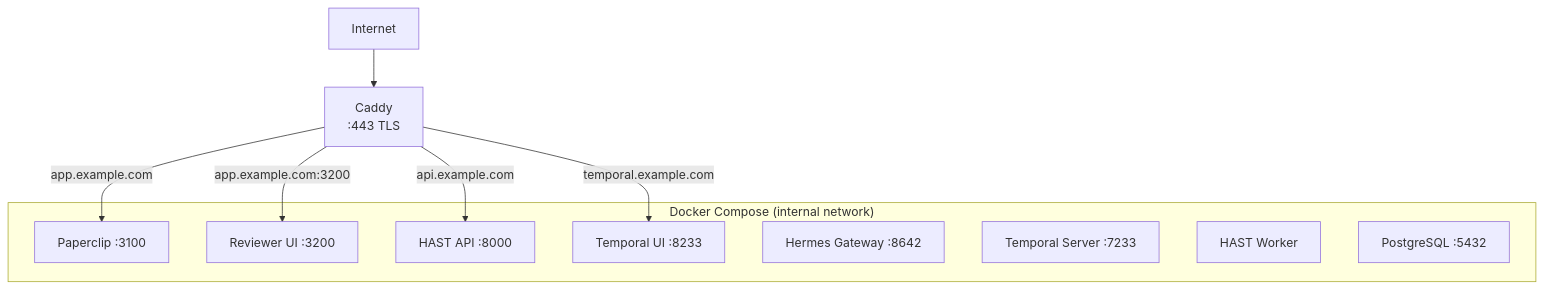
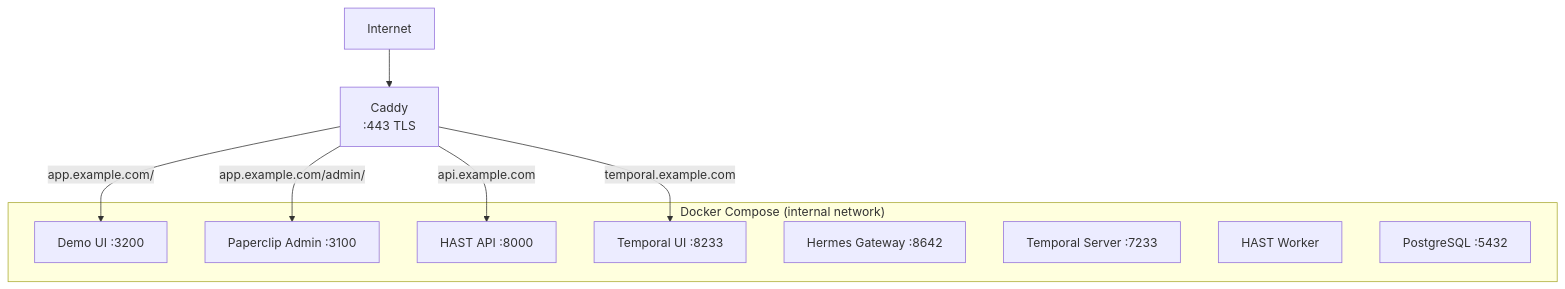
One commit to fierro-ltd/lecture-agentic-ai changed the second of 2 diagrams in docs/DEPLOYMENT.md. Above: the diagram before and after it, drawn with Mermaid. The commit also changed 2 other files, not shown here.

Commit message:
docs: update all references for new routing (demo-ui at /, Paperclip at /admin)

````diff
--- a/docs/DEPLOYMENT.md
+++ b/docs/DEPLOYMENT.md
@@ -126,19 +126,19 @@
 ```mermaid
 graph TD
     Internet["Internet"] --> Caddy["Caddy<br/>:443 TLS"]
-    Caddy -- "app.example.com" --> PAP["Paperclip :3100"]
-    Caddy -- "app.example.com:3200" --> RUI["Reviewer UI :3200"]
+    Caddy -- "app.example.com/" --> RUI["Demo UI :3200"]
+    Caddy -- "app.example.com/admin/" --> PAP["Paperclip Admin :3100"]
     Caddy -- "api.example.com" --> HAST["HAST API :8000"]
     Caddy -- "temporal.example.com" --> TUI["Temporal UI :8233"]
 
     subgraph "Docker Compose (internal network)"
         PAP
         RUI
         HAST
         TUI
         HG["Hermes Gateway :8642"]
         TMP["Temporal Server :7233"]
         WRK["HAST Worker"]
         PG["PostgreSQL :5432"]
     end
 ```
````
